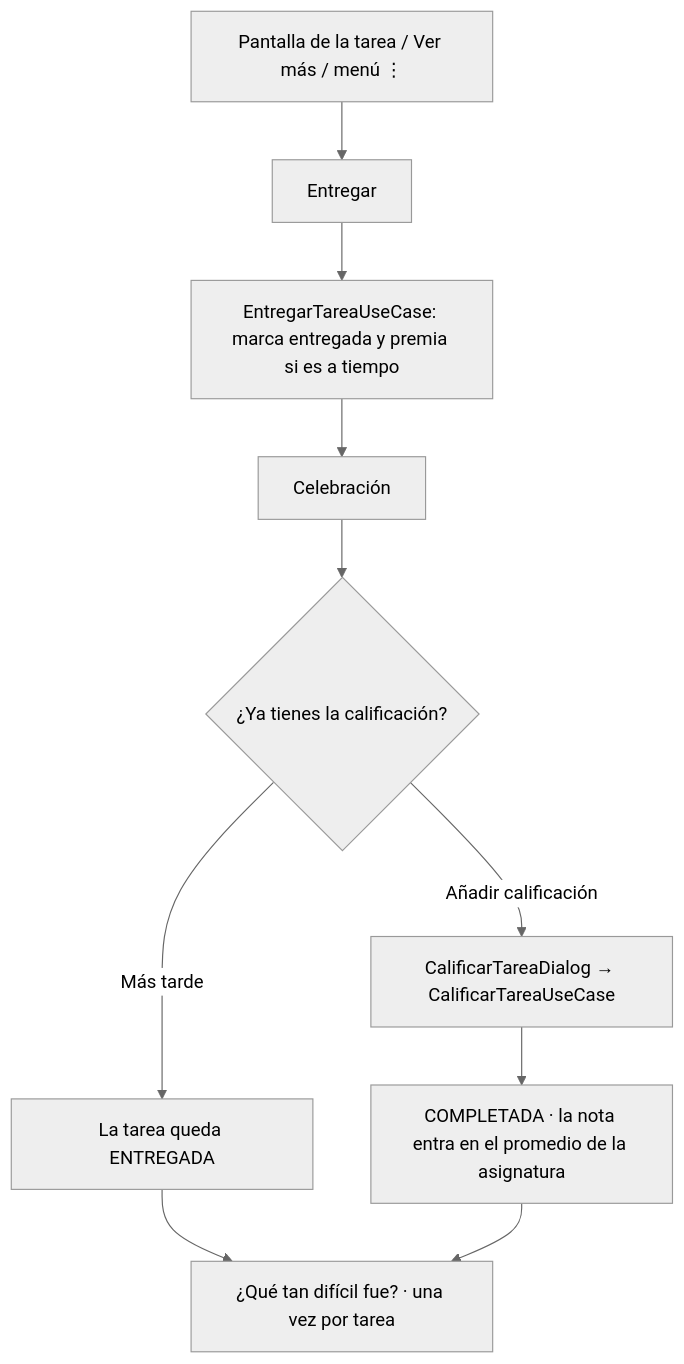
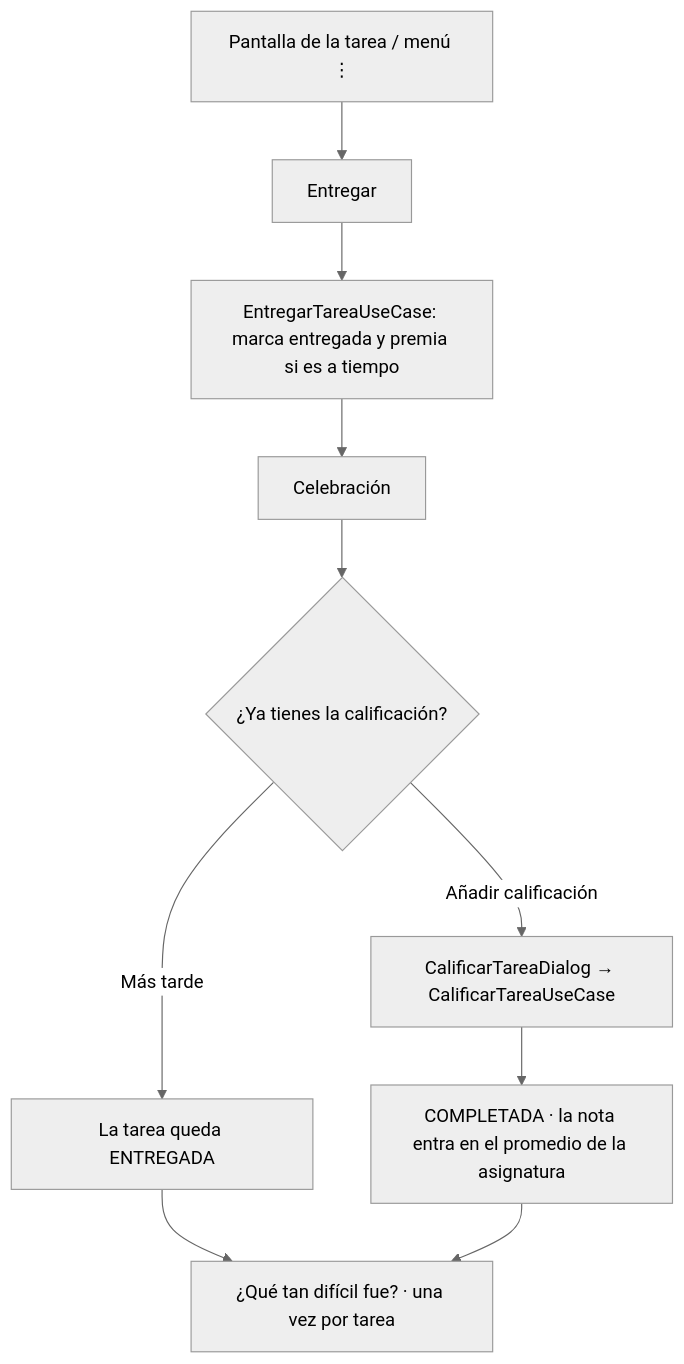
Before and after one commit to lauragodoy17/EduPlanner: the third of 9 diagrams in EduPlanner_Activity_Diagram.md, drawn with Mermaid (neutral theme). The commit also changed 95 other files, not shown here.

````diff
--- a/EduPlanner_Activity_Diagram.md
+++ b/EduPlanner_Activity_Diagram.md
@@ -46,12 +46,12 @@
 ```mermaid
 graph TD
-    A[Pantalla de la tarea / Ver más / menú ⋮] --> B[Entregar]
+    A[Pantalla de la tarea / menú ⋮] --> B[Entregar]
     B --> C[EntregarTareaUseCase: marca entregada y premia si es a tiempo]
     C --> D[Celebración]
     D --> E{¿Ya tienes la calificación?}
     E -->|Añadir calificación| F[CalificarTareaDialog → CalificarTareaUseCase]
     E -->|Más tarde| G[La tarea queda ENTREGADA]
     F --> H[COMPLETADA · la nota entra en el promedio de la asignatura]
     G --> I[¿Qué tan difícil fue? · una vez por tarea]
     H --> I
 ```
````
